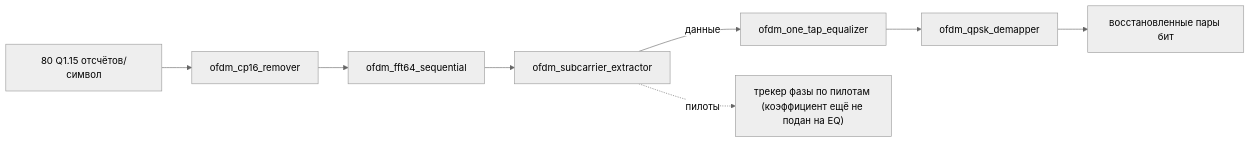
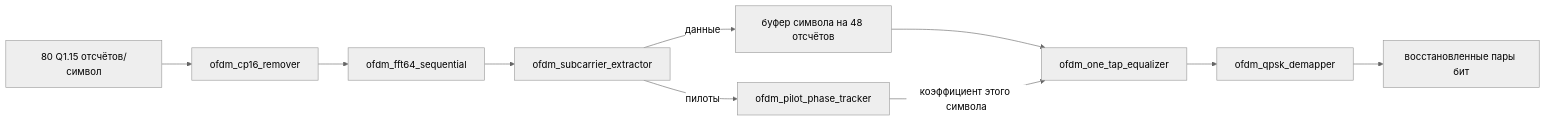
The second of 2 diagrams in docs/ru/labs/lab-8-14-ofdm-rtl-chain.md (Lay007/zynq-sdr-course), drawn with Mermaid (neutral theme) before and after one commit. The commit also changed other lines of this file and 1 other file, not shown here.

Commit message:
Lab 8.14: pilot-corrected RX chain, stage 2b loopback and updated checklist (EN and RU)

````diff
--- a/docs/ru/labs/lab-8-14-ofdm-rtl-chain.md
+++ b/docs/ru/labs/lab-8-14-ofdm-rtl-chain.md
@@ -40,10 +40,12 @@
 ```mermaid
 flowchart LR
     IN["80 Q1.15 отсчётов/символ"] --> CPR[ofdm_cp16_remover]
     CPR --> FFT[ofdm_fft64_sequential]
     FFT --> EXT[ofdm_subcarrier_extractor]
-    EXT -->|данные| EQ[ofdm_one_tap_equalizer]
-    EXT -.->|пилоты| PILOT["трекер фазы по пилотам (коэффициент ещё не подан на EQ)"]
+    EXT -->|данные| BUF["буфер символа на 48 отсчётов"]
+    EXT -->|пилоты| PILOT[ofdm_pilot_phase_tracker]
+    BUF --> EQ[ofdm_one_tap_equalizer]
+    PILOT -->|"коэффициент этого символа"| EQ
     EQ --> DEMAP[ofdm_qpsk_demapper]
     DEMAP --> BITS["восстановленные пары бит"]
 ```
````
